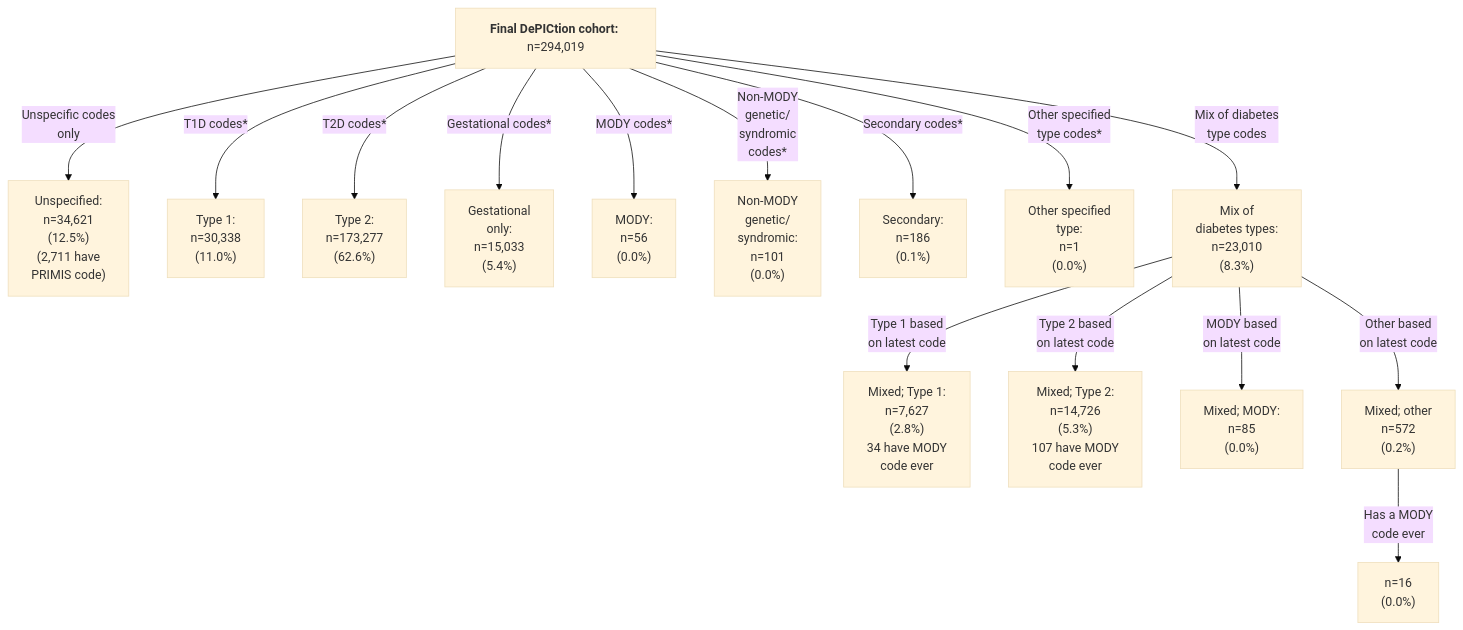
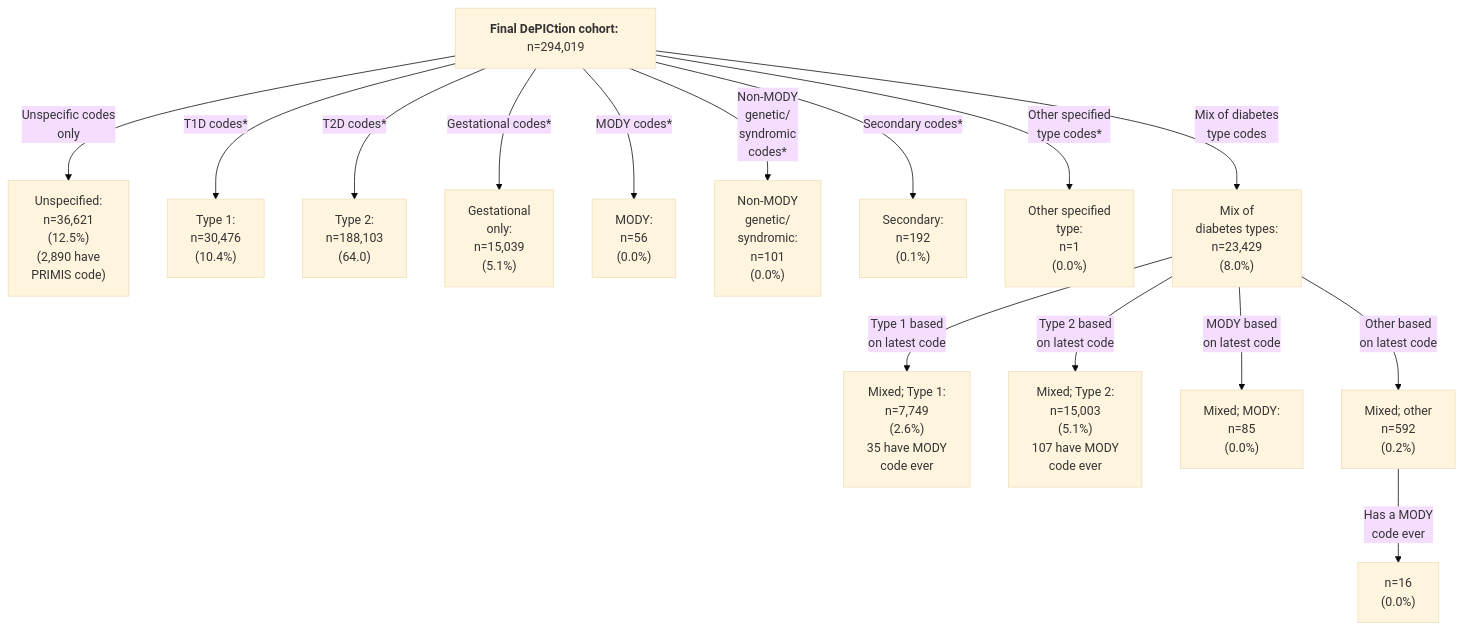
One commit to Exeter-Diabetes/CPRD-Katie-DePICtion-Scripts changed the second of 5 diagrams in README.md. Above: the diagram before and after it, drawn with Mermaid (base theme). The commit also changed other lines of this file, not shown here.

````diff
--- a/README.md
+++ b/README.md
@@ -51,17 +51,17 @@
 ```mermaid
 graph TD;
-    G["<b>Final DePICtion cohort:</b> n=294,019"] --> |"Unspecific codes<br>only"| H["Unspecified: <br>n=34,621<br>(12.5%)<br>(2,711 have<br>PRIMIS code)"]
-    G --> |"T1D codes*"| I["Type 1: <br>n=30,338<br>(11.0%)"]
-    G --> |"T2D codes*"| J["Type 2: <br>n=173,277<br>(62.6%)"]
-    G --> |"Gestational codes*"| K["Gestational <br>only: <br>n=15,033<br>(5.4%)"]
+    G["<b>Final DePICtion cohort:</b> n=294,019"] --> |"Unspecific codes<br>only"| H["Unspecified: <br>n=36,621<br>(12.5%)<br>(2,890 have<br>PRIMIS code)"]
+    G --> |"T1D codes*"| I["Type 1: <br>n=30,476<br>(10.4%)"]
+    G --> |"T2D codes*"| J["Type 2: <br>n=188,103<br>(64.0)"]
+    G --> |"Gestational codes*"| K["Gestational <br>only: <br>n=15,039<br>(5.1%)"]
     G --> |"MODY codes*"| L["MODY: <br>n=56<br>(0.0%)"]
     G --> |"Non-MODY <br>genetic/<br>syndromic <br>codes*"| M["Non-MODY <br>genetic/<br>syndromic: <br>n=101<br>(0.0%)"]
-    G --> |"Secondary codes*"| N["Secondary: <br>n=186<br>(0.1%)"]
+    G --> |"Secondary codes*"| N["Secondary: <br>n=192<br>(0.1%)"]
     G --> |"Other specified<br>type codes*"| P["Other specified<br>type: <br>n=1<br>(0.0%)"]  
-    G --> |"Mix of diabetes<br>type codes"| Q["Mix of<br>diabetes types: <br>n=23,010<br>(8.3%)"]
-    Q --> |"Type 1 based<br>on latest code"| R["Mixed; Type 1: <br>n=7,627<br>(2.8%)<br>34 have MODY<br>code ever"]
-    Q --> |"Type 2 based<br>on latest code"| S["Mixed; Type 2: <br>n=14,726<br>(5.3%)<br>107 have MODY<br>code ever"]
+    G --> |"Mix of diabetes<br>type codes"| Q["Mix of<br>diabetes types: <br>n=23,429<br>(8.0%)"]
+    Q --> |"Type 1 based<br>on latest code"| R["Mixed; Type 1: <br>n=7,749<br>(2.6%)<br>35 have MODY<br>code ever"]
+    Q --> |"Type 2 based<br>on latest code"| S["Mixed; Type 2: <br>n=15,003<br>(5.1%)<br>107 have MODY<br>code ever"]
     Q --> |"MODY based<br>on latest code"| T["Mixed; MODY: <br>n=85<br>(0.0%)"]
-    Q --> |"Other based<br>on latest code"| U["Mixed; other<br>n=572<br>(0.2%)"]
+    Q --> |"Other based<br>on latest code"| U["Mixed; other<br>n=592<br>(0.2%)"]
     U --> |"Has a MODY<br>code ever"|V["n=16<br>(0.0%)"]
 ```
````
